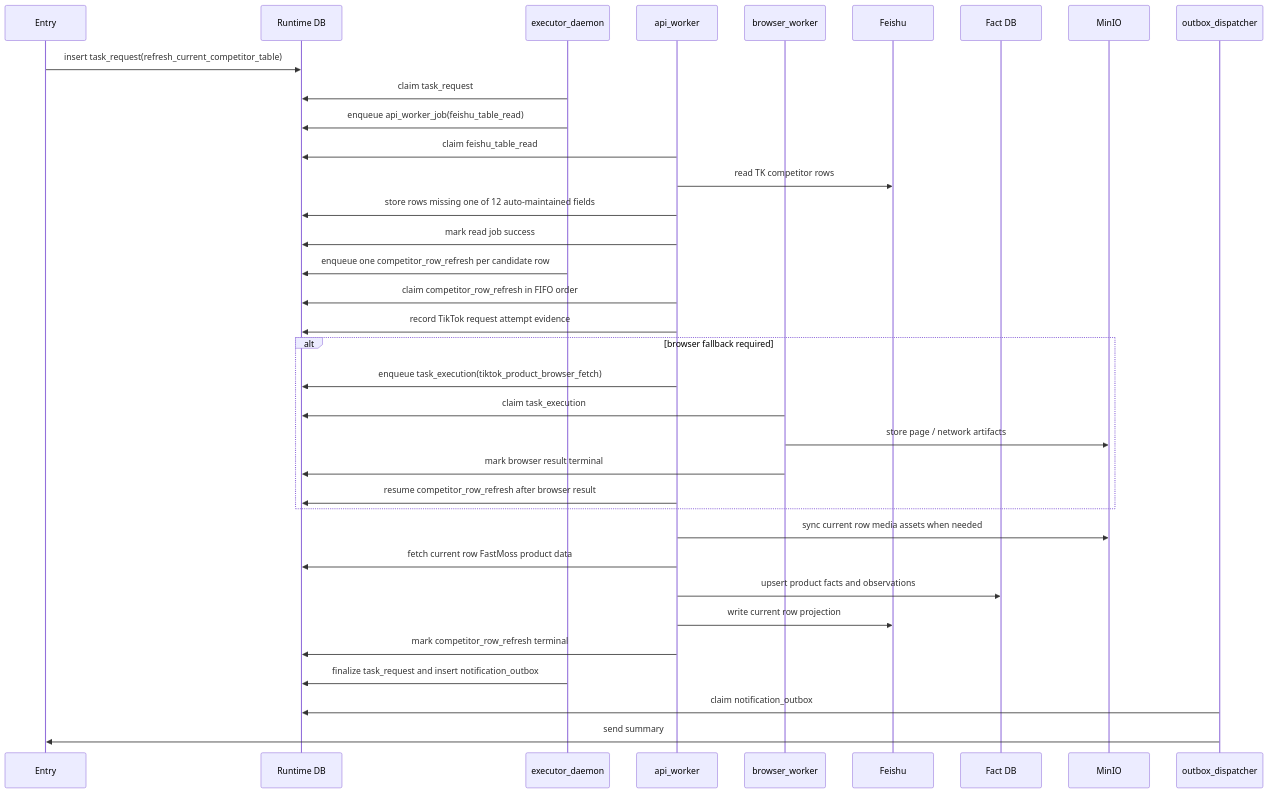
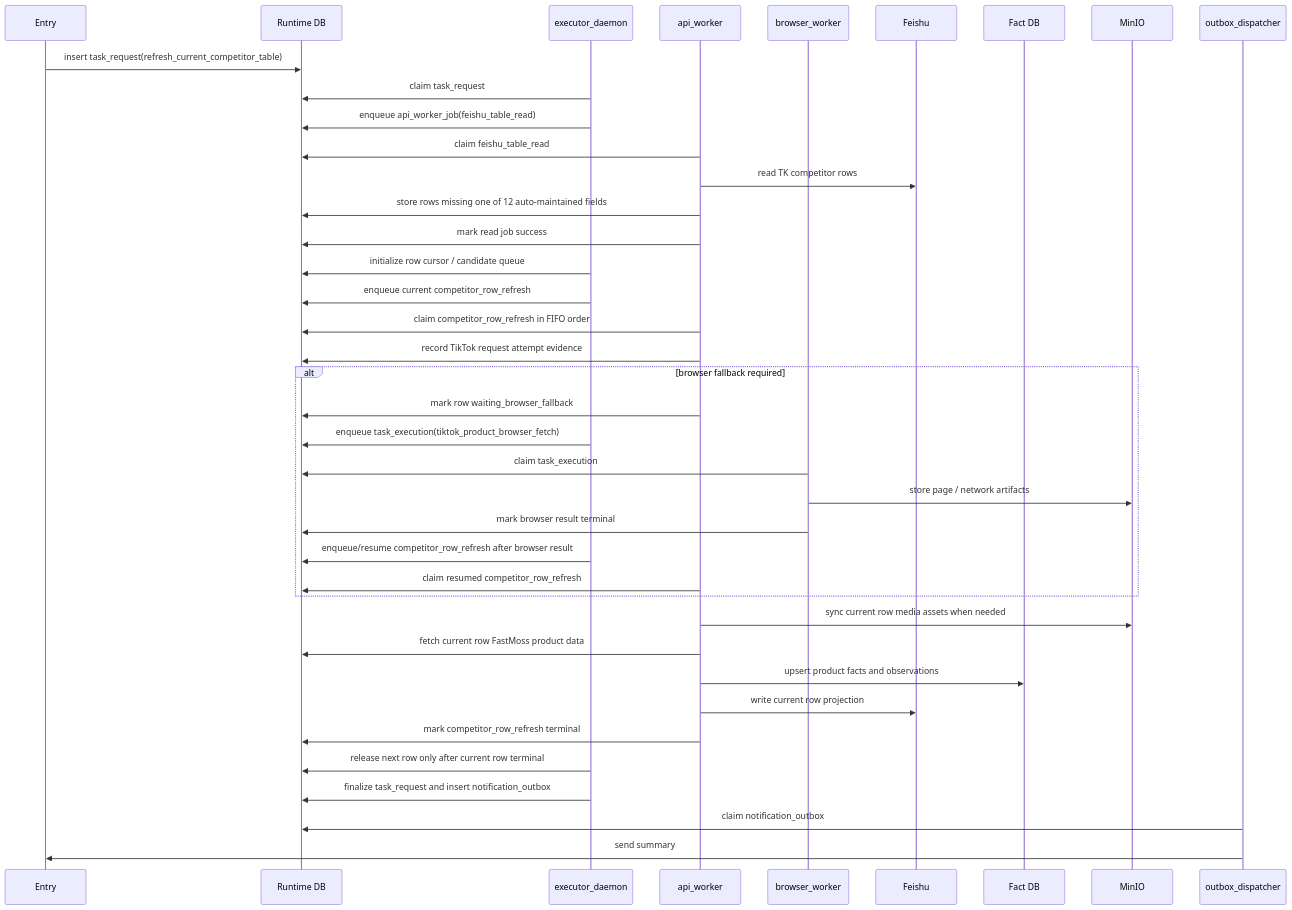
One commit to knighterrantsky/mujitask changed the second of 5 diagrams in docs/arch/workflow-competitor-table-design.md. Above: the diagram before and after it, drawn with Mermaid. The commit also changed other lines of this file and 44 other files, not shown here.

Commit message:
Fix browser fallback resume boundaries

````diff
--- a/docs/arch/workflow-competitor-table-design.md
+++ b/docs/arch/workflow-competitor-table-design.md
@@ -147,38 +155,42 @@
 ```mermaid
 sequenceDiagram
     participant Entry as Entry
     participant DB as Runtime DB
     participant Exec as executor_daemon
     participant API as api_worker
     participant Browser as browser_worker
     participant Feishu as Feishu
     participant Fact as Fact DB
     participant Obj as MinIO
     participant Outbox as outbox_dispatcher
 
     Entry->>DB: insert task_request(refresh_current_competitor_table)
     Exec->>DB: claim task_request
     Exec->>DB: enqueue api_worker_job(feishu_table_read)
     API->>DB: claim feishu_table_read
     API->>Feishu: read TK competitor rows
     API->>DB: store rows missing one of 12 auto-maintained fields
     API->>DB: mark read job success
-    Exec->>DB: enqueue one competitor_row_refresh per candidate row
+    Exec->>DB: initialize row cursor / candidate queue
+    Exec->>DB: enqueue current competitor_row_refresh
     API->>DB: claim competitor_row_refresh in FIFO order
     API->>DB: record TikTok request attempt evidence
     alt browser fallback required
-        API->>DB: enqueue task_execution(tiktok_product_browser_fetch)
+        API->>DB: mark row waiting_browser_fallback
+        Exec->>DB: enqueue task_execution(tiktok_product_browser_fetch)
         Browser->>DB: claim task_execution
         Browser->>Obj: store page / network artifacts
         Browser->>DB: mark browser result terminal
-        API->>DB: resume competitor_row_refresh after browser result
+        Exec->>DB: enqueue/resume competitor_row_refresh after browser result
+        API->>DB: claim resumed competitor_row_refresh
     end
     API->>Obj: sync current row media assets when needed
     API->>DB: fetch current row FastMoss product data
     API->>Fact: upsert product facts and observations
     API->>Feishu: write current row projection
     API->>DB: mark competitor_row_refresh terminal
+    Exec->>DB: release next row only after current row terminal
     Exec->>DB: finalize task_request and insert notification_outbox
     Outbox->>DB: claim notification_outbox
     Outbox->>Entry: send summary
 ```
````
